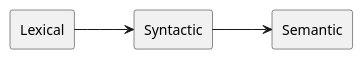
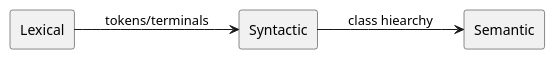
The diagram in docs/language-guide/index.md (ourPLCC/plcc-ng), drawn with PlantUML before and after one commit. The commit also changed other lines of this file and 4 other files, not shown here.

````diff
--- a/docs/language-guide/index.md
+++ b/docs/language-guide/index.md
@@ -34,10 +55,10 @@
 ```plantuml
 @startuml
 left to right direction
 rectangle "Lexical" as lex
 rectangle "Syntactic" as syn
 rectangle "Semantic" as sem
-lex --> syn
-syn --> sem
+lex --> syn : tokens/terminals
+syn --> sem : class hiearchy
 @enduml
 ```
````
